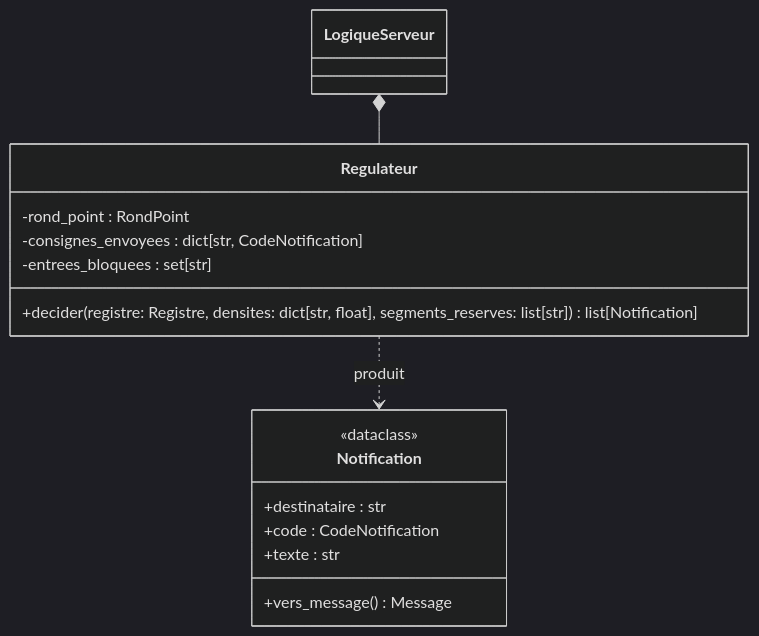
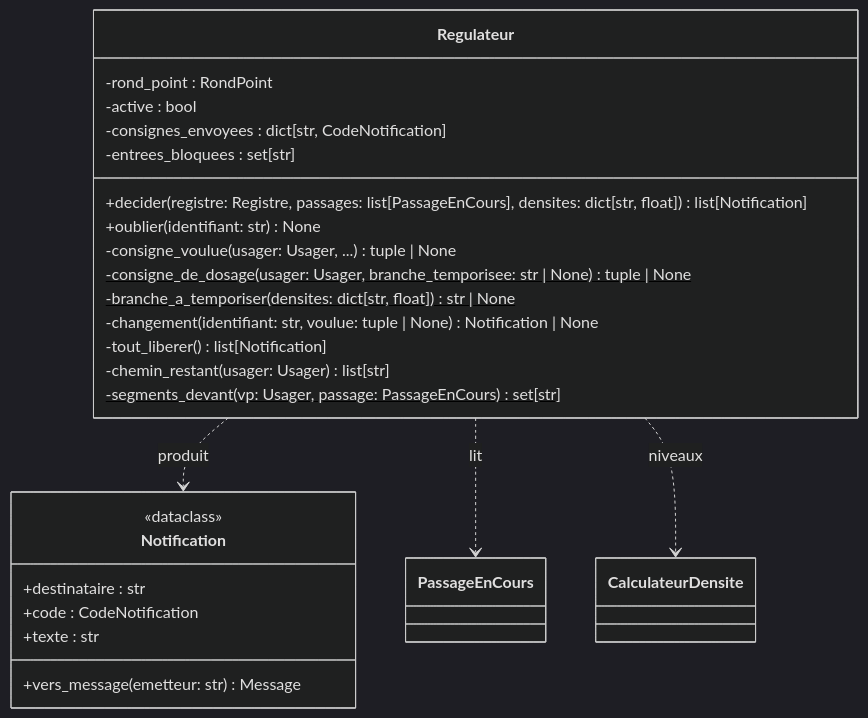
Before and after one commit to vRayzix/SAE3.02_Developper-une-application-communicante: the ninth of 11 diagrams in docs/uml.md, drawn with Mermaid (dark theme). The commit also changed other lines of this file, not shown here.

Commit message:
docs(uml): régulateur, notifications et mesure de VP_ALERT à VP_FIN

````diff
--- a/docs/uml.md
+++ b/docs/uml.md
@@ -532,20 +537,30 @@
 ```mermaid
 classDiagram
     class Regulateur {
         -rond_point : RondPoint
+        -active : bool
         -consignes_envoyees : dict[str, CodeNotification]
         -entrees_bloquees : set[str]
-        +decider(registre: Registre, densites: dict[str, float], segments_reserves: list[str]) list[Notification]
+        +decider(registre: Registre, passages: list[PassageEnCours], densites: dict[str, float]) list[Notification]
+        +oublier(identifiant: str) None
+        -consigne_voulue(usager: Usager, ...) tuple | None
+        -consigne_de_dosage(usager: Usager, branche_temporisee: str | None) tuple | None$
+        -branche_a_temporiser(densites: dict[str, float]) str | None$
+        -changement(identifiant: str, voulue: tuple | None) Notification | None
+        -tout_liberer() list[Notification]
+        -chemin_restant(usager: Usager) list[str]
+        -segments_devant(vp: Usager, passage: PassageEnCours) set[str]$
     }
 
     class Notification {
         <<dataclass>>
         +destinataire : str
         +code : CodeNotification
         +texte : str
-        +vers_message() Message
+        +vers_message(emetteur: str) Message
     }
 
-    LogiqueServeur *-- Regulateur
     Regulateur ..> Notification : produit
+    Regulateur ..> PassageEnCours : lit
+    Regulateur ..> CalculateurDensite : niveaux
 ```
````
